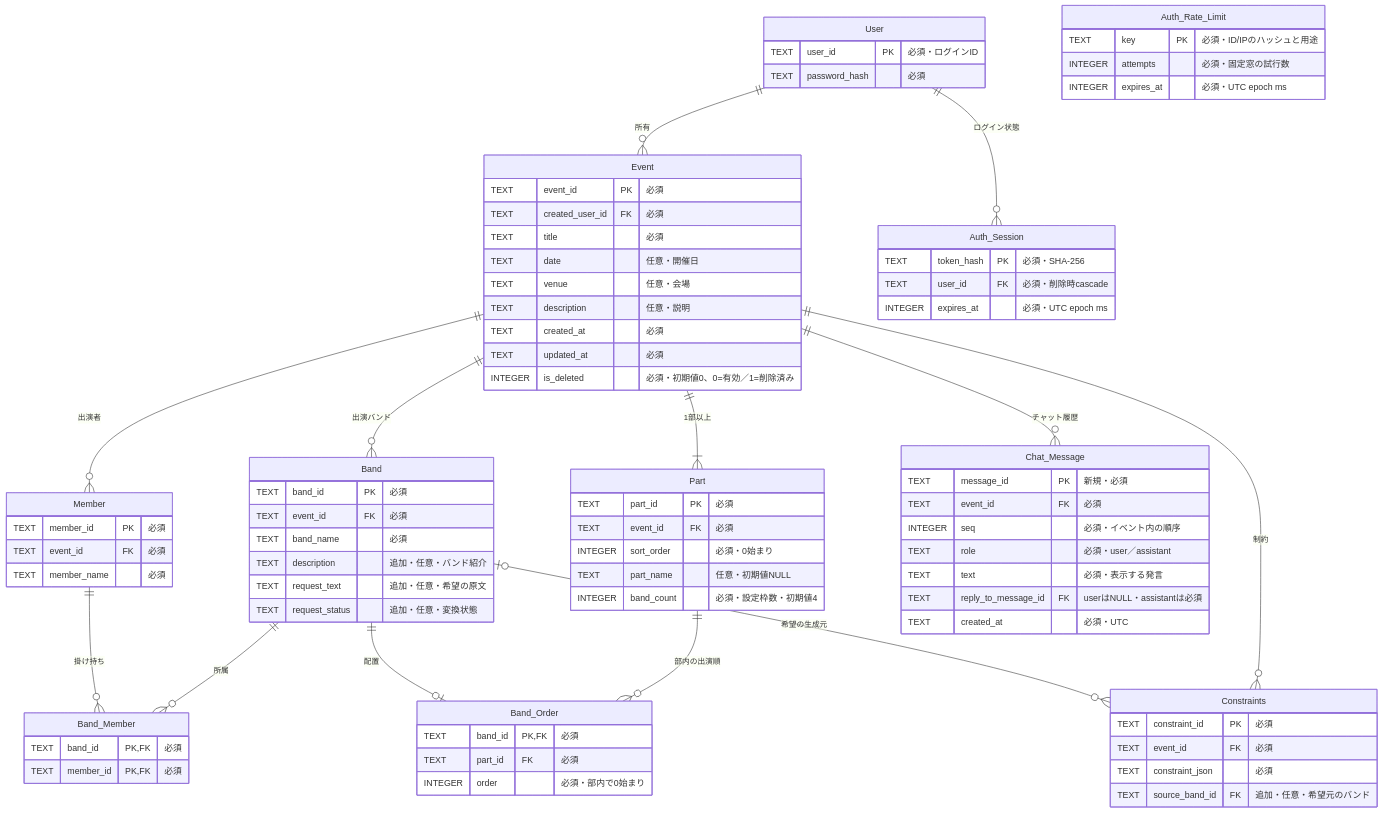
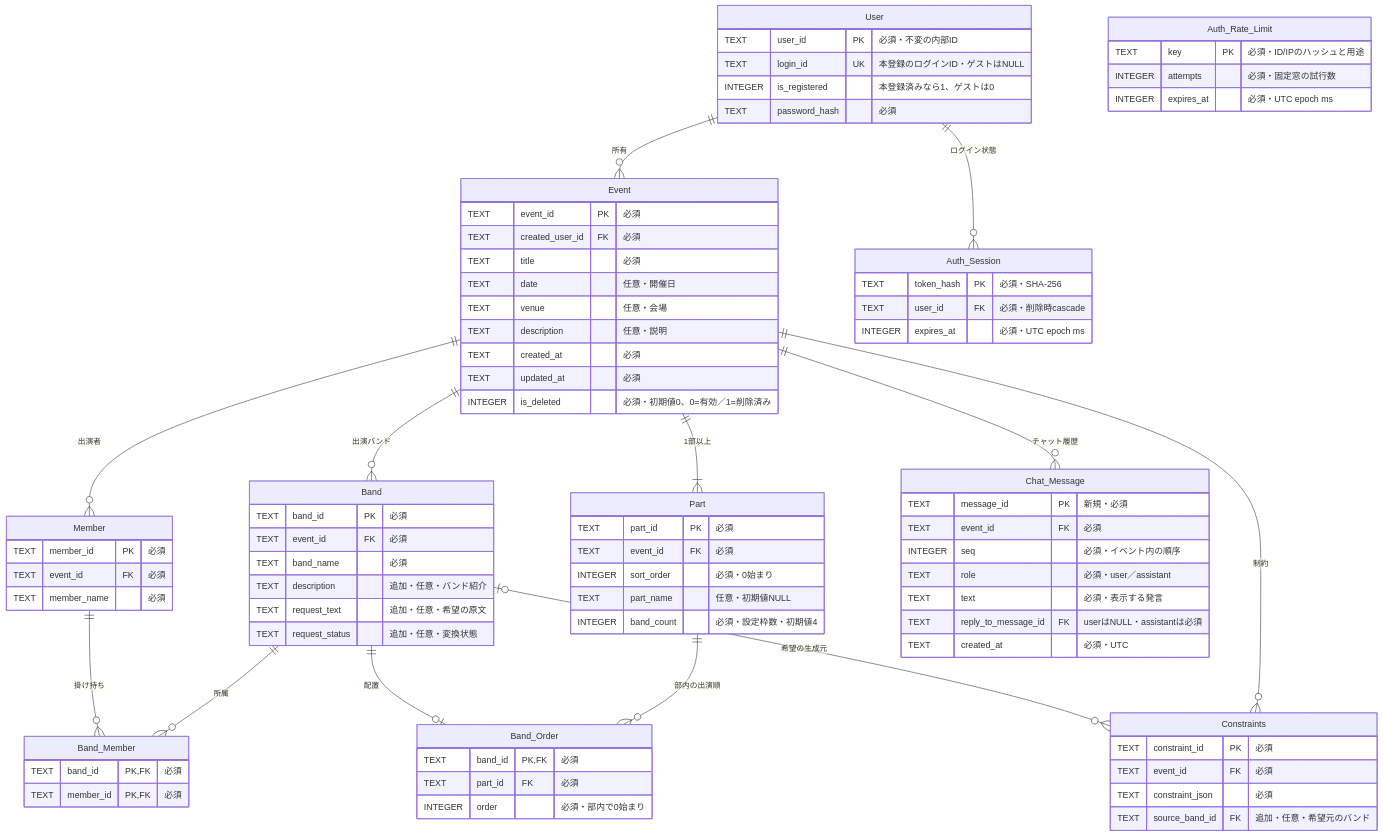
One commit to jphacks/tka_2604 changed the diagram in docs/database.md. Above: the diagram before and after it, drawn with Mermaid. The commit also changed other lines of this file and 30 other files, not shown here.

```diff
--- a/docs/database.md
+++ b/docs/database.md
@@ -37,7 +37,9 @@
     Event ||--o{ Chat_Message : "チャット履歴"
 
     User {
-        TEXT user_id PK "必須・ログインID"
+        TEXT user_id PK "必須・不変の内部ID"
+        TEXT login_id UK "本登録のログインID・ゲストはNULL"
+        INTEGER is_registered "本登録済みなら1、ゲストは0"
         TEXT password_hash "必須"
     }
     Auth_Session {
```
